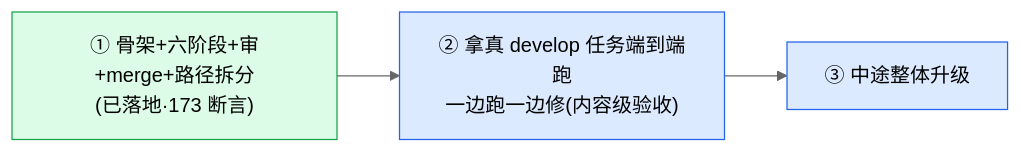
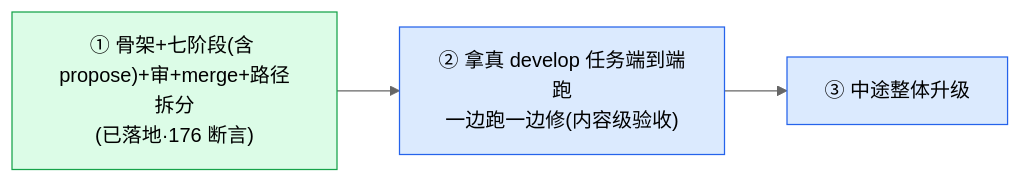
The tenth of 10 diagrams in docs/plugin2/OVERVIEW.md (chancheuklap/multi-model-workflow), drawn with Mermaid (neutral theme) before and after one commit. The commit also changed other lines of this file and 9 other files, not shown here.

````diff
--- a/docs/plugin2/OVERVIEW.md
+++ b/docs/plugin2/OVERVIEW.md
@@ -445,6 +449,6 @@
 ```mermaid
 flowchart LR
-    N1["① 骨架+六阶段+审+merge+路径拆分<br/>(已落地·173 断言)"]:::done --> N2["② 拿真 develop 任务端到端跑<br/>一边跑一边修(内容级验收)"]:::nx --> N3["③ 中途整体升级"]:::nx
+    N1["① 骨架+七阶段(含 propose)+审+merge+路径拆分<br/>(已落地·176 断言)"]:::done --> N2["② 拿真 develop 任务端到端跑<br/>一边跑一边修(内容级验收)"]:::nx --> N3["③ 中途整体升级"]:::nx
     classDef done fill:#dcfce7,stroke:#16a34a
     classDef nx fill:#dbeafe,stroke:#2563eb
 ```
````
